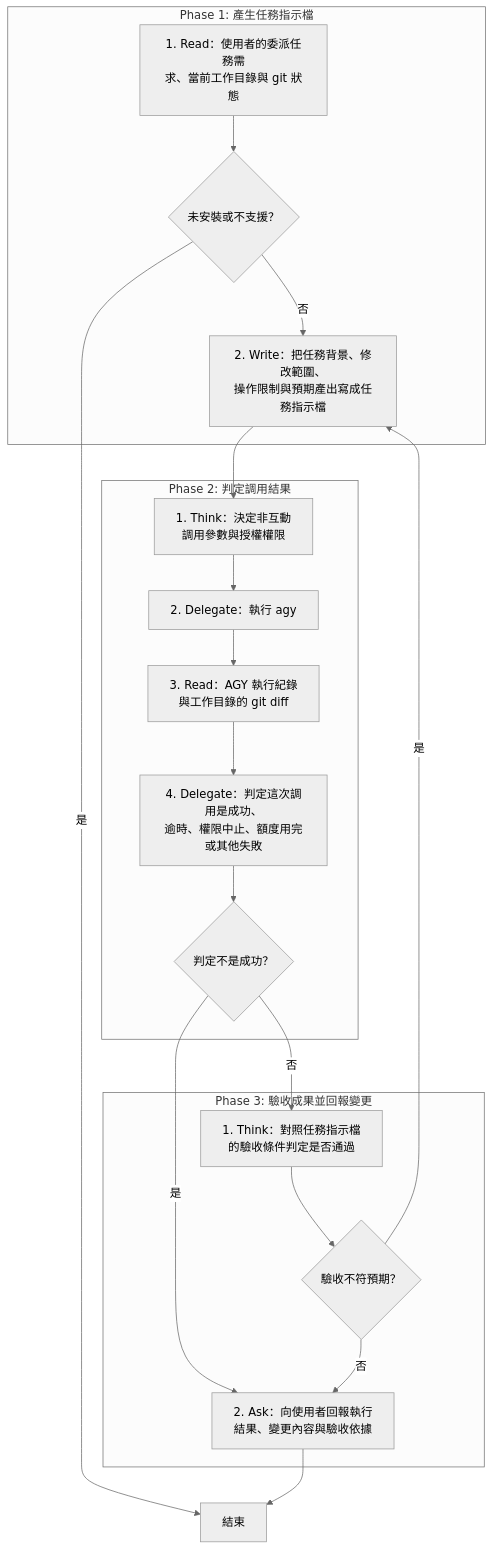
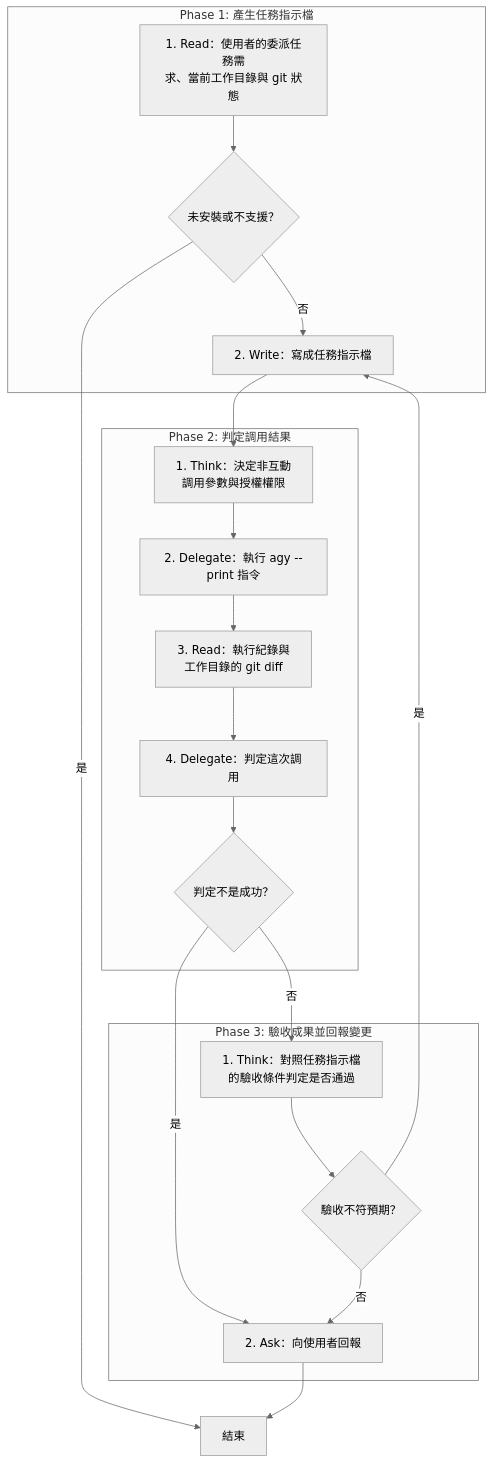
Before and after one commit to AI-x-BDD/BDGG-Dev-Skills: the diagram in .agents/skills/invoke-agy/SKILL.md, drawn with Mermaid (neutral theme). The commit also changed other lines of this file and 31 other files, not shown here.

````diff
--- a/.agents/skills/invoke-agy/SKILL.md
+++ b/.agents/skills/invoke-agy/SKILL.md
@@ -25,35 +25,35 @@
 ```mermaid
 flowchart TD
     subgraph P1["Phase 1: 產生任務指示檔"]
         P1S1["1. Read：使用者的委派任務需<br/>求、當前工作目錄與 git 狀態"]
         G_P1S1_1{"未安裝或不支援？"}
-        P1S2["2. Write：把任務背景、修改範圍、<br/>操作限制與預期產出寫成任務指示檔"]
+        P1S2["2. Write：寫成任務指示檔"]
     end
     subgraph P2["Phase 2: 判定調用結果"]
         P2S1["1. Think：決定非互動<br/>調用參數與授權權限"]
-        P2S2["2. Delegate：執行 agy"]
-        P2S3["3. Read：AGY 執行紀錄<br/>與工作目錄的 git diff"]
-        P2S4["4. Delegate：判定這次調用是成功、<br/>逾時、權限中止、額度用完或其他失敗"]
+        P2S2["2. Delegate：執行 agy --print 指令"]
+        P2S3["3. Read：執行紀錄與<br/>工作目錄的 git diff"]
+        P2S4["4. Delegate：判定這次調用"]
         G_P2S4_1{"判定不是成功？"}
     end
     subgraph P3["Phase 3: 驗收成果並回報變更"]
         P3S1["1. Think：對照任務指示檔<br/>的驗收條件判定是否通過"]
         G_P3S1_1{"驗收不符預期？"}
-        P3S2["2. Ask：向使用者回報執行<br/>結果、變更內容與驗收依據"]
+        P3S2["2. Ask：向使用者回報"]
     end
     End["結束"]
     P1S1 --> G_P1S1_1
     G_P1S1_1 -->|是| End
     G_P1S1_1 -->|否| P1S2
     P1S2 --> P2S1
     P2S1 --> P2S2
     P2S2 --> P2S3
     P2S3 --> P2S4
     P2S4 --> G_P2S4_1
     G_P2S4_1 -->|是| P3S2
     G_P2S4_1 -->|否| P3S1
     P3S1 --> G_P3S1_1
     G_P3S1_1 -->|是| P1S2
     G_P3S1_1 -->|否| P3S2
     P3S2 --> End
 ```
````
